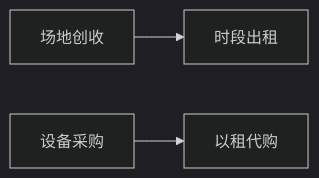
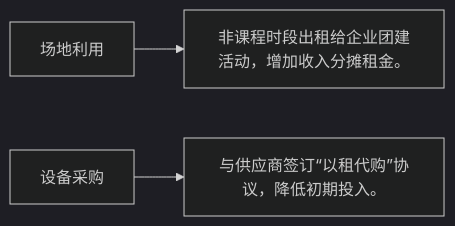
The tenth of 10 diagrams in README.md (NaturalRice/git-demo), drawn with Mermaid (dark theme) before and after one commit. The commit also changed other lines of this file, not shown here.

````diff
--- a/README.md
+++ b/README.md
@@ -132,5 +132,5 @@
 ```mermaid
 graph LR
-    A[场地创收] --> B[时段出租]
-    C[设备采购] --> D[以租代购]
+    A[场地利用] --> B[非课程时段出租给企业团建活动，增加收入分摊租金。]
+    C[设备采购] --> D[与供应商签订“以租代购”协议，降低初期投入。]
 ```
````
